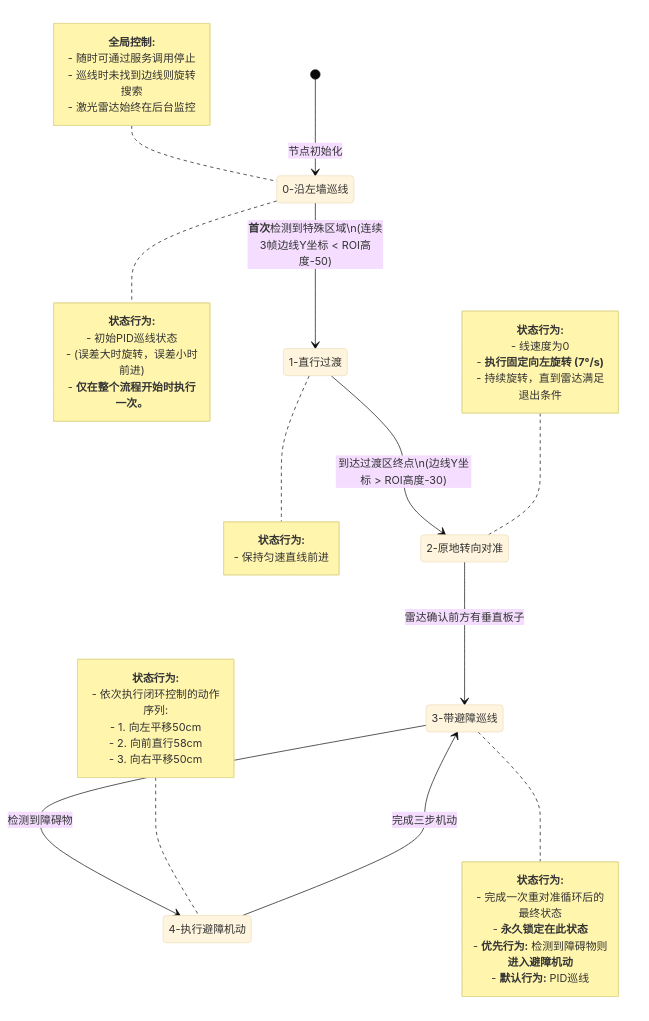
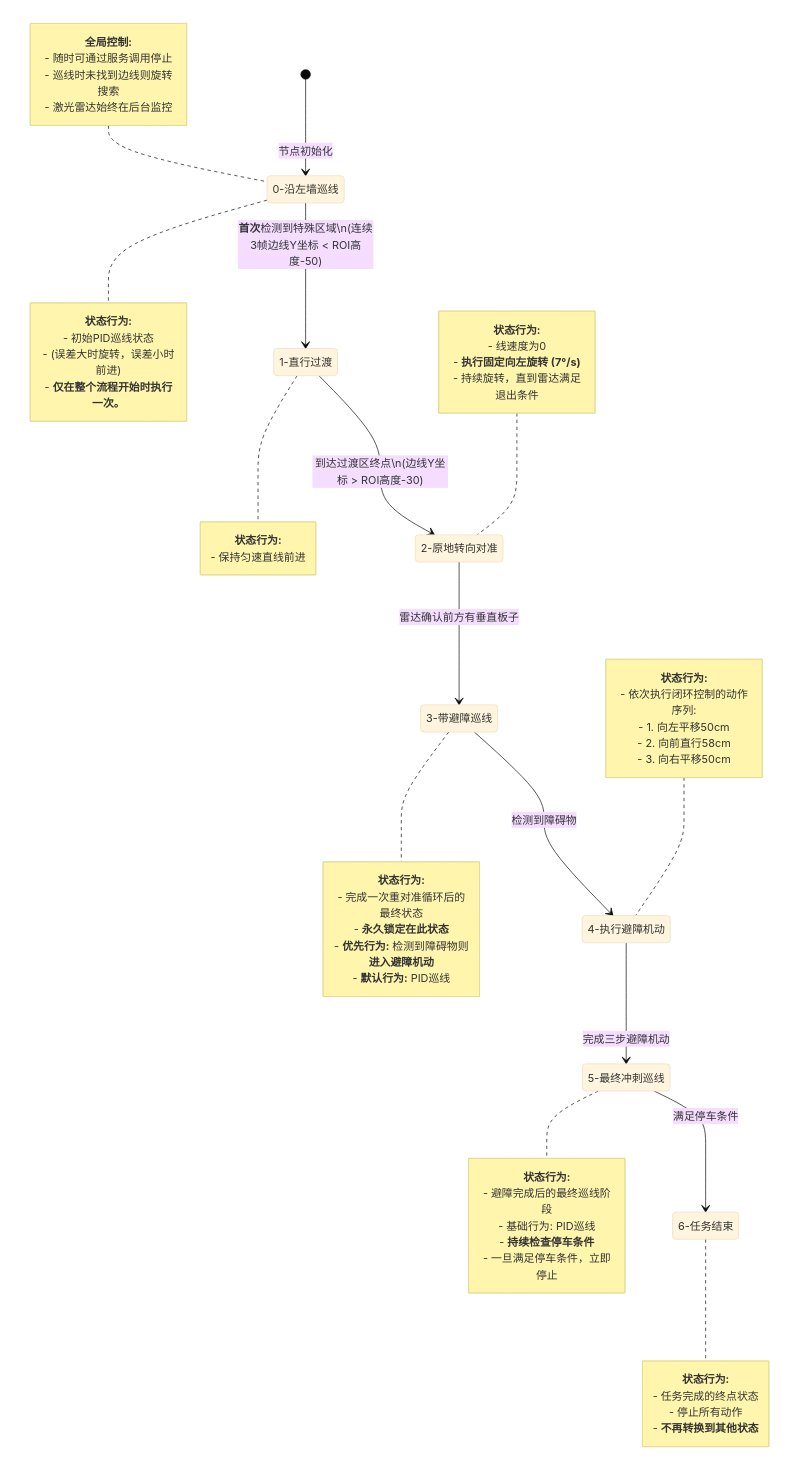
Before and after one commit to Abaabaxx/UCAR-FOLLOW-LINE: the diagram in my_try/八邻域+FTW/mermaid/FTW_left.md, drawn with Mermaid (base theme). The commit also changed 1 other file, not shown here.

Commit message:
避障：添加最后停车的逻辑
效果不好，因为后面宽度不一，巡一侧线会导致车子偏离轨迹，车子震荡

```diff
--- a/my_try/八邻域+FTW/mermaid/FTW_left.md
+++ b/my_try/八邻域+FTW/mermaid/FTW_left.md
@@ -6,7 +6,9 @@
     ROTATE_ALIGNMENT: 2-原地转向对准
     FOLLOW_LEFT_WITH_AVOIDANCE: 3-带避障巡线
     AVOIDANCE_MANEUVER: 4-执行避障机动
-
+    FOLLOW_TO_FINISH: 5-最终冲刺巡线
+    FINAL_STOP: 6-任务结束
+    
     %% 定义初始状态
     [*] --> FOLLOW_LEFT: 节点初始化
 
@@ -15,8 +17,9 @@
     STRAIGHT_TRANSITION --> ROTATE_ALIGNMENT: 到达过渡区终点\n(边线Y坐标 > ROI高度-30)
     ROTATE_ALIGNMENT --> FOLLOW_LEFT_WITH_AVOIDANCE: 雷达确认前方有垂直板子
     FOLLOW_LEFT_WITH_AVOIDANCE --> AVOIDANCE_MANEUVER: 检测到障碍物
-    AVOIDANCE_MANEUVER --> FOLLOW_LEFT_WITH_AVOIDANCE: 完成三步机动
-
+    AVOIDANCE_MANEUVER --> FOLLOW_TO_FINISH: 完成三步避障机动
+    FOLLOW_TO_FINISH --> FINAL_STOP: 满足停车条件
+    
     %% 沿墙巡线状态说明
     note right of FOLLOW_LEFT
         <b>状态行为:</b>
@@ -24,7 +27,7 @@
         - (误差大时旋转，误差小时前进)
         - <b>仅在整个流程开始时执行一次。</b>
     end note
-
+    
     %% 直行过渡状态说明
     note right of STRAIGHT_TRANSITION
         <b>状态行为:</b>
@@ -57,6 +60,23 @@
         - 3. 向右平移50cm
     end note
 
+    %% 最终冲刺巡线状态说明
+    note right of FOLLOW_TO_FINISH
+        <b>状态行为:</b>
+        - 避障完成后的最终巡线阶段
+        - 基础行为: PID巡线
+        - <b>持续检查停车条件</b>
+        - 一旦满足停车条件，立即停止
+    end note
+
+    %% 最终停止状态说明
+    note right of FINAL_STOP
+        <b>状态行为:</b>
+        - 任务完成的终点状态
+        - 停止所有动作
+        - <b>不再转换到其他状态</b>
+    end note
+
     %% 全局控制说明
     note left of FOLLOW_LEFT
         <b>全局控制:</b>
```
